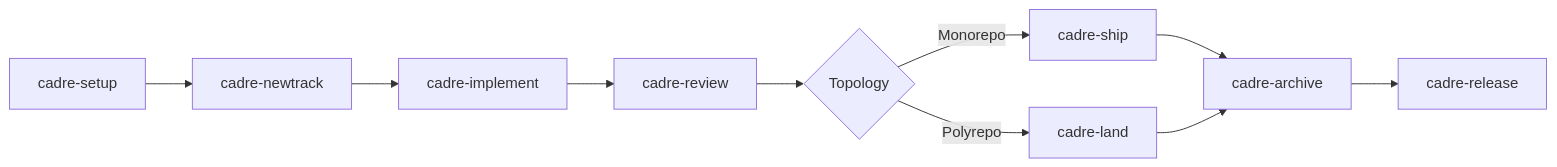
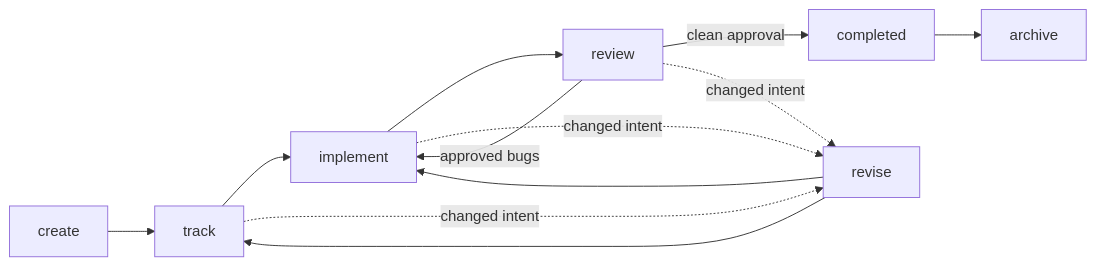
One commit to vishal-kr-barnwal/cadre changed the diagram in docs/content/overview.md. Above: the diagram before and after it, drawn with Mermaid. The commit also changed other lines of this file and 6 other files, not shown here.

````diff
--- a/docs/content/overview.md
+++ b/docs/content/overview.md
@@ -81,12 +39,14 @@
 ```mermaid
 flowchart LR
-  A["cadre-setup"] --> B["cadre-newtrack"]
-  B --> C["cadre-implement"]
-  C --> D["cadre-review"]
-  D --> E{"Topology"}
-  E -->|Monorepo| F["cadre-ship"]
-  E -->|Polyrepo| G["cadre-land"]
-  F --> H["cadre-archive"]
-  G --> H
-  H --> I["cadre-release"]
+  A["create"] --> B["track"]
+  B --> C["implement"]
+  C --> D["review"]
+  D -->|approved bugs| C
+  D -->|clean approval| E["completed"]
+  E --> F["archive"]
+  B -. changed intent .-> G["revise"]
+  C -. changed intent .-> G
+  D -. changed intent .-> G
+  G --> B
+  G --> C
 ```
````
